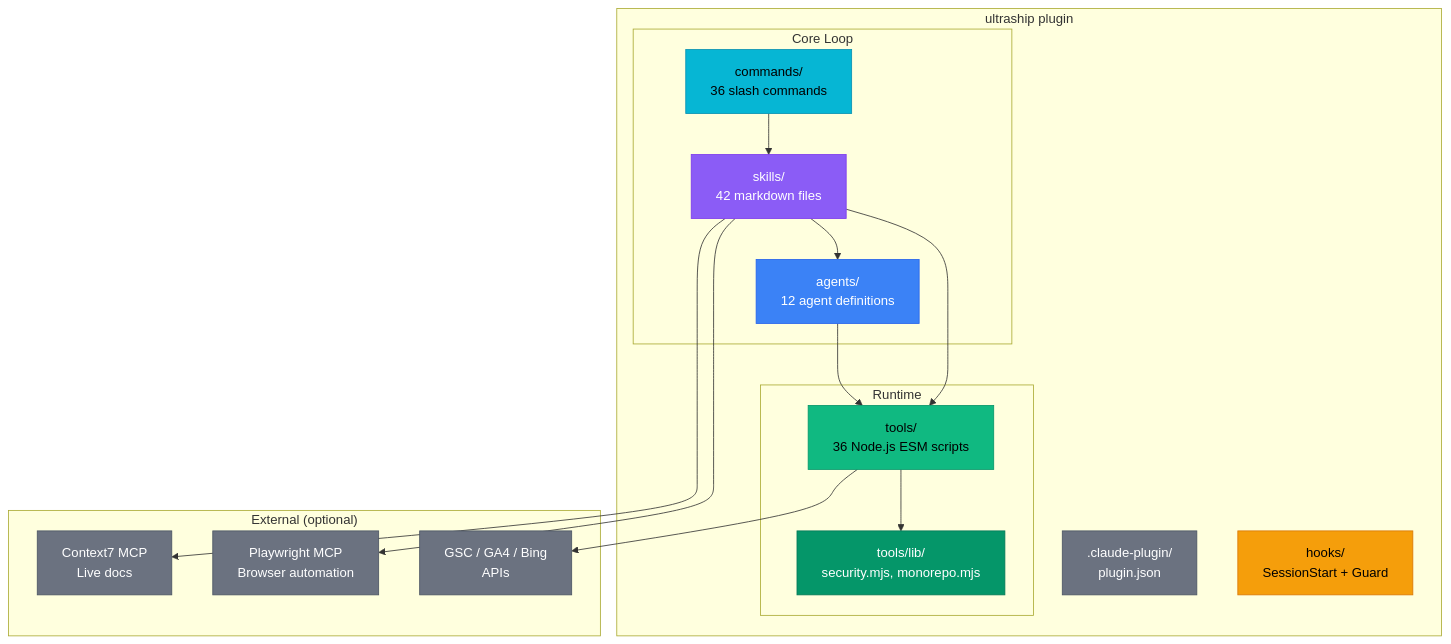
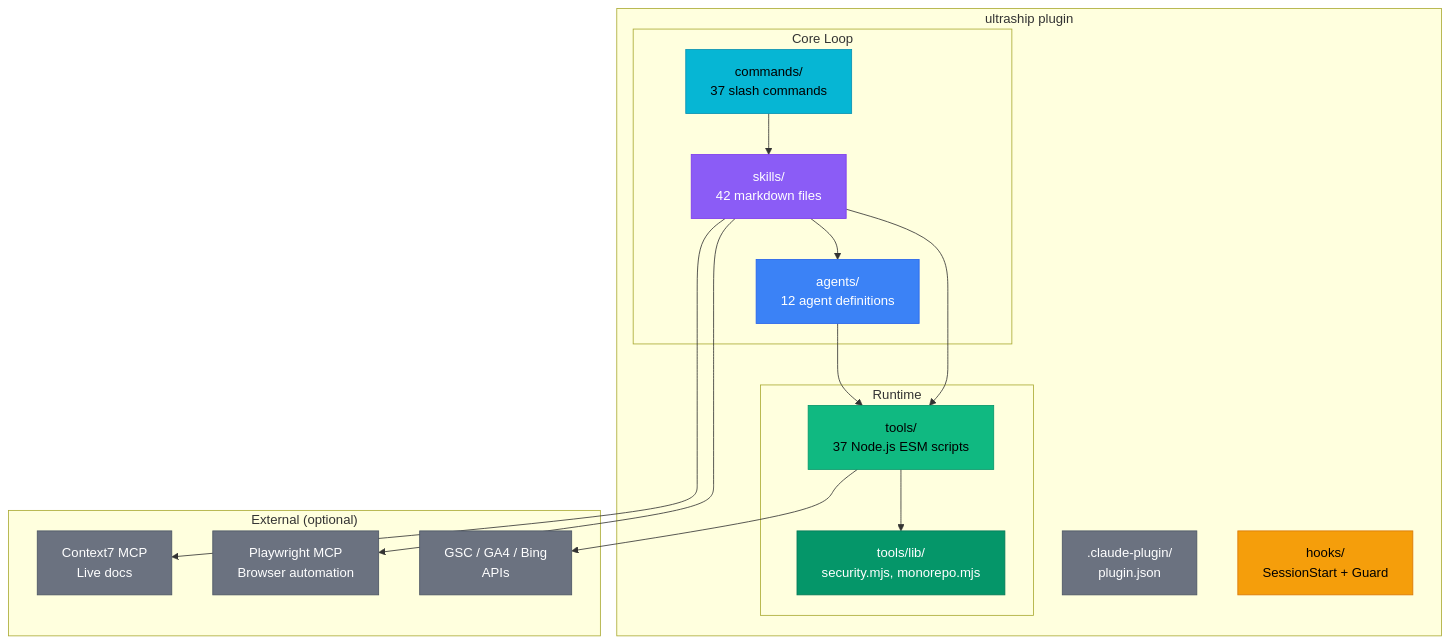
The seventh of 7 diagrams in README.md (Houseofmvps/ultraship), drawn with Mermaid before and after one commit. The commit also changed other lines of this file and 14 other files, not shown here.

````diff
--- a/README.md
+++ b/README.md
@@ -410,44 +411,44 @@
 ```mermaid
 flowchart TD
     subgraph Plugin["ultraship plugin"]
         MANIFEST[".claude-plugin/<br/>plugin.json"]
         HOOKS["hooks/<br/>SessionStart + Guard"]
 
         subgraph Core["Core Loop"]
             SKILLS["skills/<br/>42 markdown files"]
             AGENTS["agents/<br/>12 agent definitions"]
-            COMMANDS["commands/<br/>36 slash commands"]
+            COMMANDS["commands/<br/>37 slash commands"]
         end
 
         subgraph Runtime["Runtime"]
-            TOOLS["tools/<br/>36 Node.js ESM scripts"]
+            TOOLS["tools/<br/>37 Node.js ESM scripts"]
             LIB["tools/lib/<br/>security.mjs, monorepo.mjs"]
         end
     end
 
     subgraph External["External (optional)"]
         MCP1["Context7 MCP<br/>Live docs"]
         MCP2["Playwright MCP<br/>Browser automation"]
         GSC2["GSC / GA4 / Bing<br/>APIs"]
     end
 
     COMMANDS --> SKILLS
     SKILLS --> AGENTS
     SKILLS --> TOOLS
     AGENTS --> TOOLS
     TOOLS --> LIB
     TOOLS --> GSC2
     SKILLS --> MCP1
     SKILLS --> MCP2
 
     style MANIFEST fill:#6b7280,stroke:#4b5563,color:#fff
     style HOOKS fill:#f59e0b,stroke:#d97706,color:#000
     style SKILLS fill:#8b5cf6,stroke:#7c3aed,color:#fff
     style AGENTS fill:#3b82f6,stroke:#2563eb,color:#fff
     style COMMANDS fill:#06b6d4,stroke:#0891b2,color:#000
     style TOOLS fill:#10b981,stroke:#059669,color:#000
     style LIB fill:#059669,stroke:#047857,color:#fff
     style MCP1 fill:#6b7280,stroke:#4b5563,color:#fff
     style MCP2 fill:#6b7280,stroke:#4b5563,color:#fff
     style GSC2 fill:#6b7280,stroke:#4b5563,color:#fff
 ```
````
